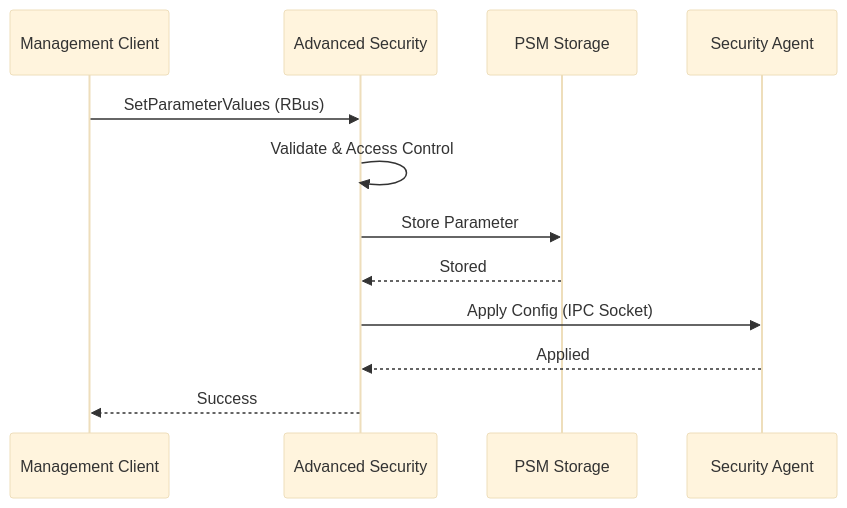
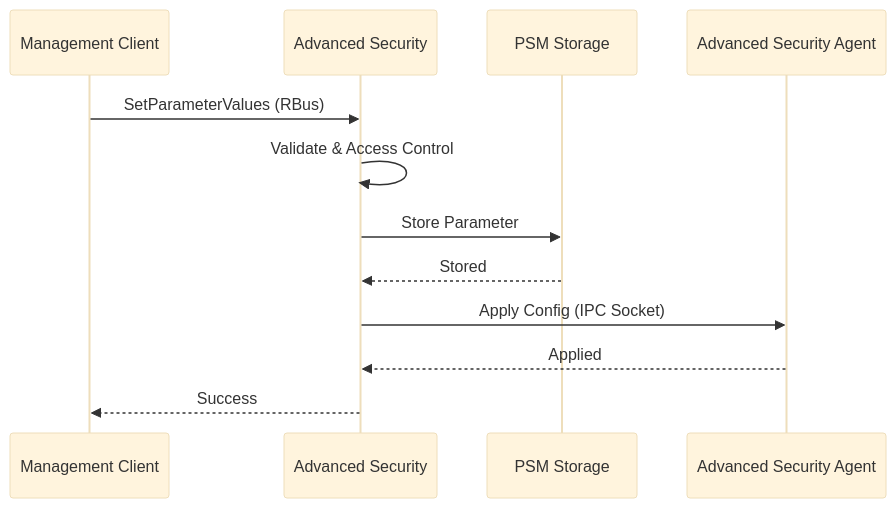
The sixth of 7 diagrams in README.md (rdkcentral/advanced-security), drawn with Mermaid (base theme) before and after one commit. The commit also changed other lines of this file, not shown here.

````diff
--- a/README.md
+++ b/README.md
@@ -386,15 +381,15 @@
 ```mermaid
 sequenceDiagram
     participant Client as Management Client
     participant AdvSec as Advanced Security
     participant PSM as PSM Storage
-    participant Agent as Security Agent
+    participant Agent as Advanced Security Agent
 
     Client->>AdvSec: SetParameterValues (RBus)
     AdvSec->>AdvSec: Validate & Access Control
     AdvSec->>PSM: Store Parameter
     PSM-->>AdvSec: Stored
     AdvSec->>Agent: Apply Config (IPC Socket)
     Agent-->>AdvSec: Applied
     AdvSec-->>Client: Success
 ```
````
